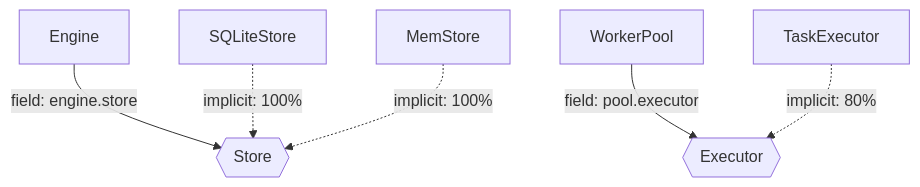
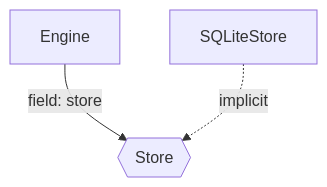
The second of 3 diagrams in docs/refactoring/proposals/16-go-architecture-atlas.md (yaleh/archguard), drawn with Mermaid before and after one commit. The commit also changed other lines of this file and 2 other files, not shown here.

First line of the commit message:
docs(go-atlas): update proposal to v4.0 with architectural refinements

````diff
--- a/docs/refactoring/proposals/16-go-architecture-atlas.md
+++ b/docs/refactoring/proposals/16-go-architecture-atlas.md
@@ -1604,17 +1655,9 @@
 ```mermaid
 graph TD
     pkg_hub_Store{{"Store"}}
     pkg_hub_Engine["Engine"]
     pkg_hub_SQLiteStore["SQLiteStore"]
-    pkg_hub_MemStore["MemStore"]
-    pkg_worker_Executor{{"Executor"}}
-    pkg_worker_TaskExecutor["TaskExecutor"]
-    pkg_worker_WorkerPool["WorkerPool"]
 
-    pkg_hub_Engine -->|field: engine.store| pkg_hub_Store
-    pkg_hub_SQLiteStore -.->|implicit: 100%| pkg_hub_Store
-    pkg_hub_MemStore -.->|implicit: 100%| pkg_hub_Store
-
-    pkg_worker_WorkerPool -->|field: pool.executor| pkg_worker_Executor
-    pkg_worker_TaskExecutor -.->|implicit: 80%| pkg_worker_Executor
+    pkg_hub_Engine -->|field: store| pkg_hub_Store
+    pkg_hub_SQLiteStore -.->|implicit| pkg_hub_Store
 ```
````
